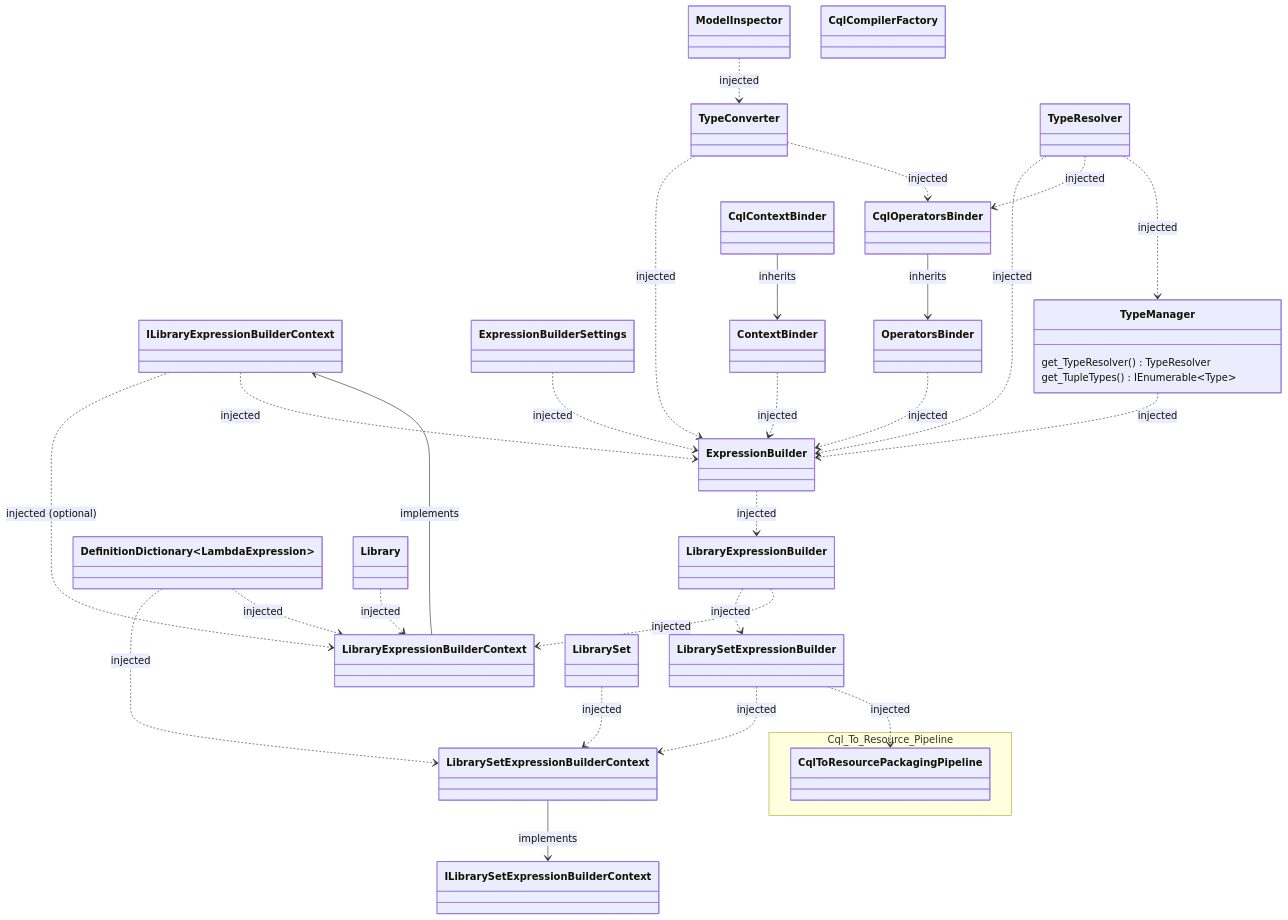
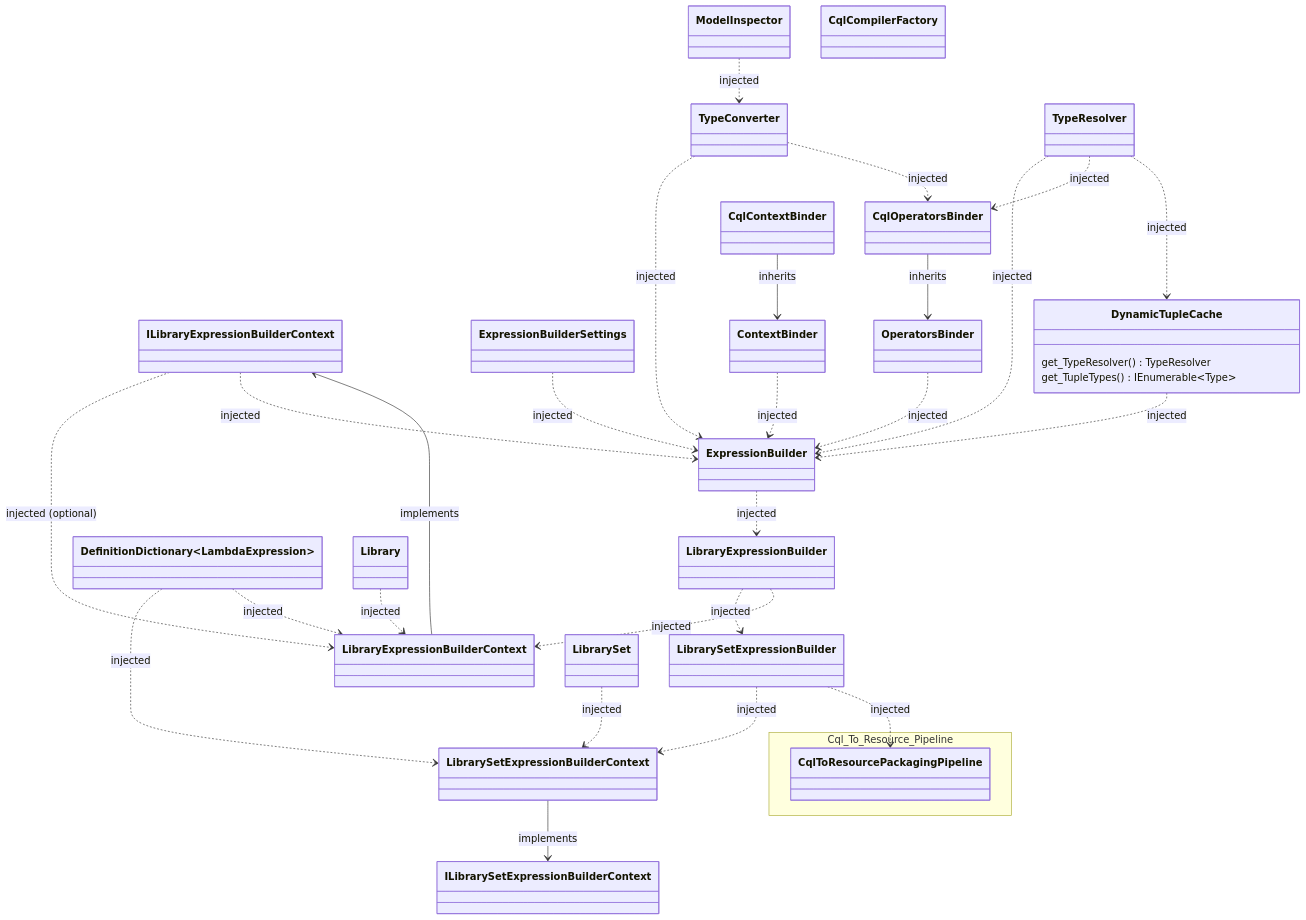
The second of 2 diagrams in docs/packager-cli-dependency-graph.md (FirelyTeam/firely-cql-sdk), drawn with Mermaid before and after one commit. The commit also changed other lines of this file and 9 other files, not shown here.

Commit message:
Rename TypeManager to DynamicTupleCache

````diff
--- a/docs/packager-cli-dependency-graph.md
+++ b/docs/packager-cli-dependency-graph.md
@@ -199,7 +199,7 @@
     }
 
 %%    namespace Dependencies {
-        class TypeManager {
+        class DynamicTupleCache {
             get_TypeResolver() TypeResolver
             get_TupleTypes() IEnumerable~Type~
         }
@@ -233,7 +233,7 @@
     ILibraryExpressionBuilderContext ..> LibraryExpressionBuilderContext : injected (optional)
 
     OperatorsBinder ..> ExpressionBuilder : injected
-    TypeManager ..> ExpressionBuilder : injected
+    DynamicTupleCache ..> ExpressionBuilder : injected
     TypeConverter ..> ExpressionBuilder : injected
     TypeResolver ..> ExpressionBuilder : injected
     ContextBinder ..> ExpressionBuilder : injected
@@ -247,5 +247,5 @@
 
     ModelInspector ..> TypeConverter : injected  
 
-    TypeResolver ..> TypeManager : injected
+    TypeResolver ..> DynamicTupleCache : injected
 ```
````
